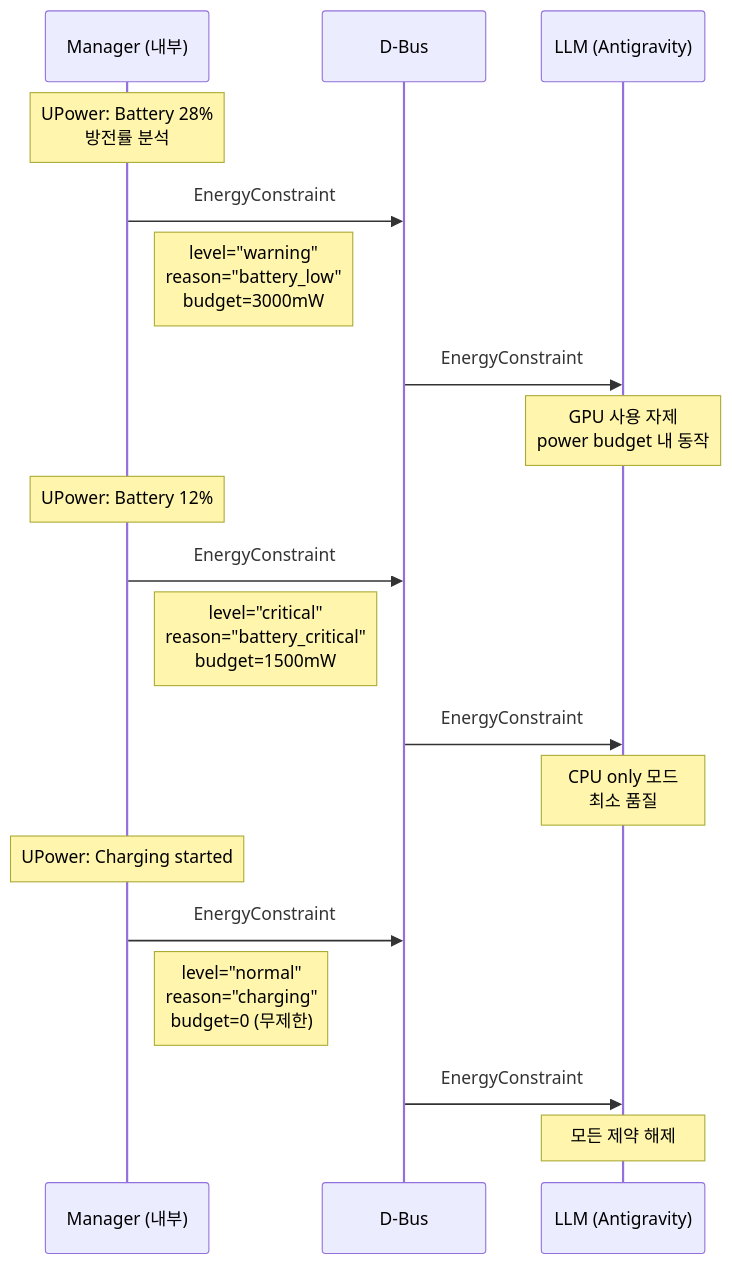
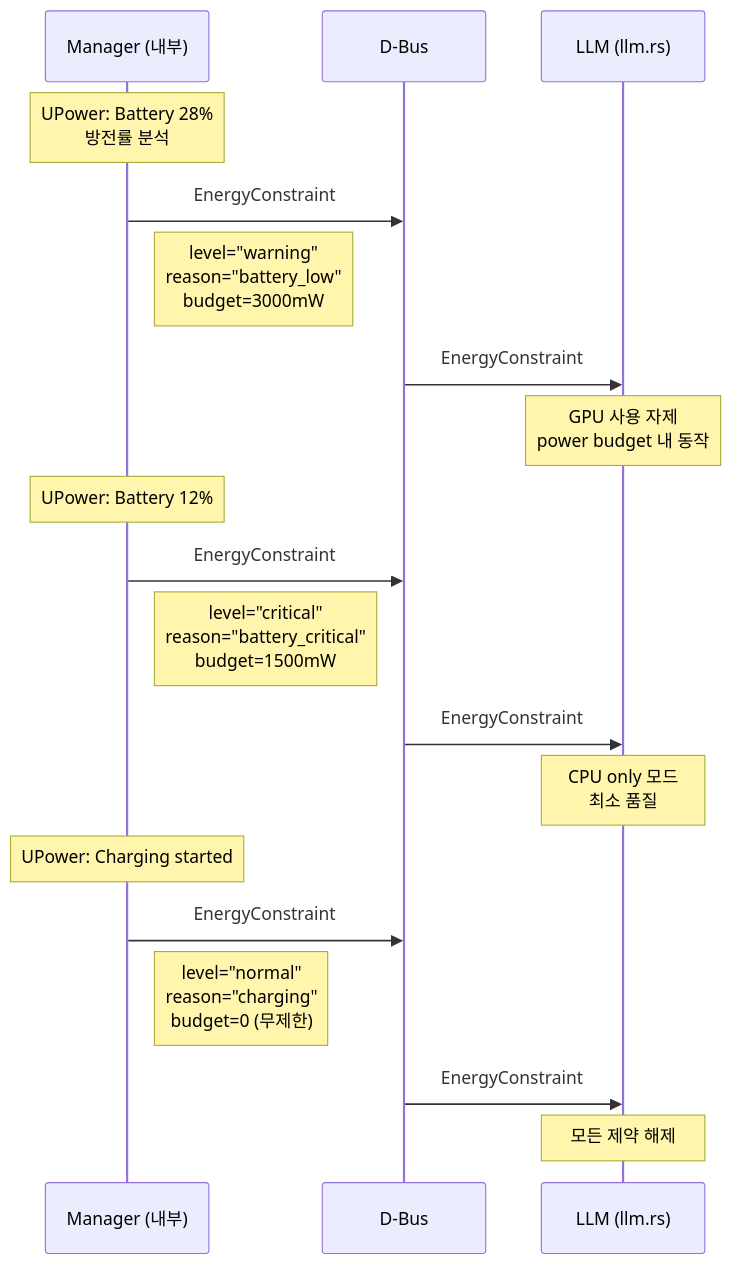
One commit to hedone21/llm_rs2 changed the sixth of 7 diagrams in docs/20_dbus_ipc_spec.md. Above: the diagram before and after it, drawn with Mermaid. The commit also changed other lines of this file and 10 other files, not shown here.

Commit message:
fix(docs): rename Antigravity to llm.rs across all documentation

````diff
--- a/docs/20_dbus_ipc_spec.md
+++ b/docs/20_dbus_ipc_spec.md
@@ -346,27 +346,27 @@
 ```mermaid
 sequenceDiagram
     participant M as Manager (내부)
     participant D as D-Bus
-    participant L as LLM (Antigravity)
+    participant L as LLM (llm.rs)
 
     Note over M: UPower: Battery 28%<br/>방전률 분석
 
     M->>D: EnergyConstraint
     Note right of M: level="warning"<br/>reason="battery_low"<br/>budget=3000mW
     D->>L: EnergyConstraint
     Note over L: GPU 사용 자제<br/>power budget 내 동작
 
     Note over M: UPower: Battery 12%
 
     M->>D: EnergyConstraint
     Note right of M: level="critical"<br/>reason="battery_critical"<br/>budget=1500mW
     D->>L: EnergyConstraint
     Note over L: CPU only 모드<br/>최소 품질
 
     Note over M: UPower: Charging started
 
     M->>D: EnergyConstraint
     Note right of M: level="normal"<br/>reason="charging"<br/>budget=0 (무제한)
     D->>L: EnergyConstraint
     Note over L: 모든 제약 해제
 ```
````
